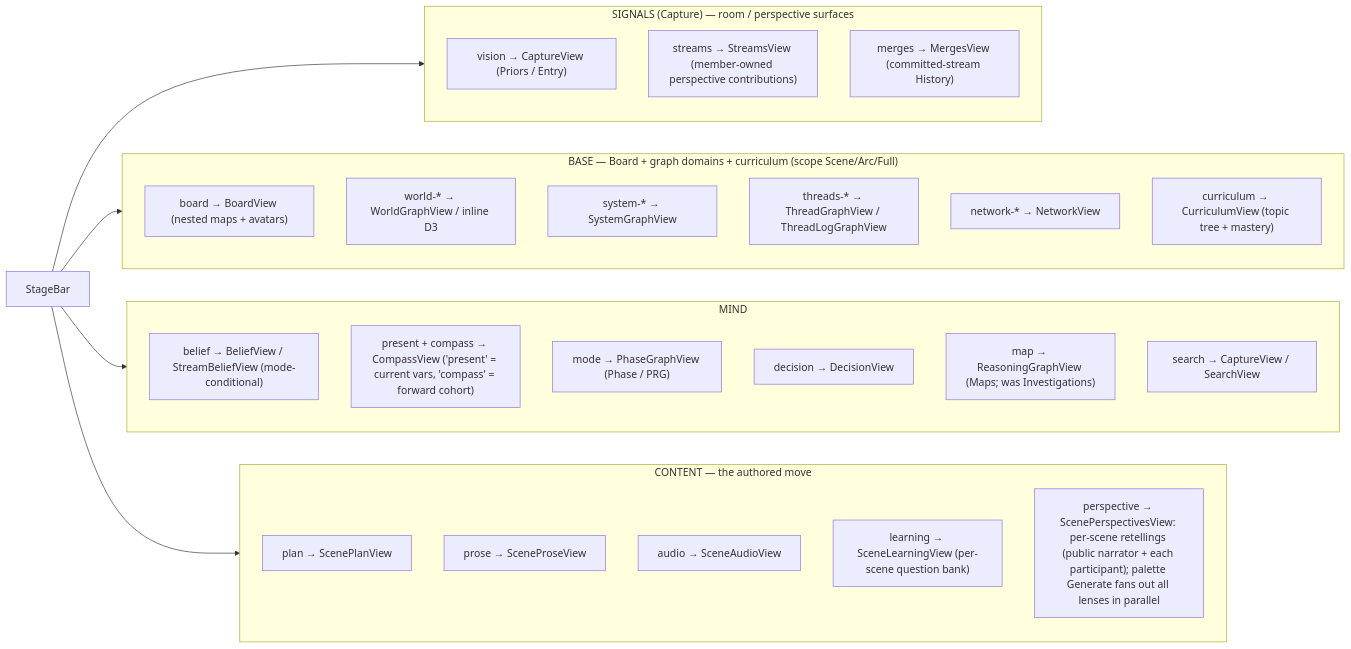
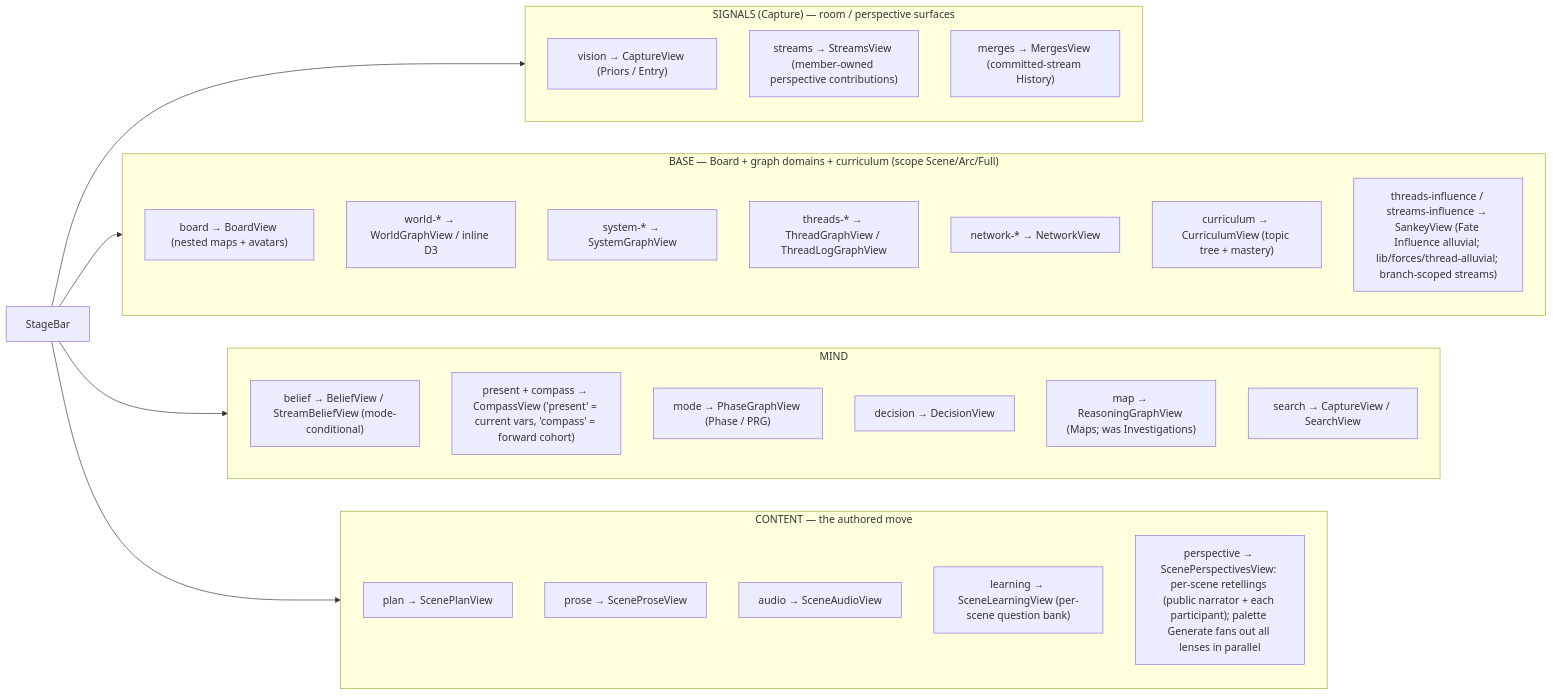
The third of 8 diagrams in MERMAID.md (jasonyu0100/meridians), drawn with Mermaid before and after one commit. The commit also changed other lines of this file and 1 other file, not shown here.

First line of the commit message:
Docs: regen TREE + map the Influence view (SankeyView) in MERMAID

````diff
--- a/MERMAID.md
+++ b/MERMAID.md
@@ -63,34 +63,35 @@
 ```mermaid
 flowchart LR
     CTB["StageBar"]
     CTB --> Signals & Base & Mind & Content
 
     subgraph Signals["SIGNALS (Capture) — room / perspective surfaces"]
         d1["vision → CaptureView (Priors / Entry)"]
         d2["streams → StreamsView (member-owned perspective contributions)"]
         d3["merges → MergesView (committed-stream History)"]
     end
     subgraph Base["BASE — Board + graph domains + curriculum (scope Scene/Arc/Full)"]
         b1["board → BoardView (nested maps + avatars)"]
         g1["world-* → WorldGraphView / inline D3"]
         g2["system-* → SystemGraphView"]
         g3["threads-* → ThreadGraphView / ThreadLogGraphView"]
         g4["network-* → NetworkView"]
         g5["curriculum → CurriculumView (topic tree + mastery)"]
+        g6["threads-influence / streams-influence → SankeyView (Fate Influence alluvial; lib/forces/thread-alluvial; branch-scoped streams)"]
     end
     subgraph Mind["MIND"]
         c1["belief → BeliefView / StreamBeliefView (mode-conditional)"]
         c2["present + compass → CompassView ('present' = current vars, 'compass' = forward cohort)"]
         c3["mode → PhaseGraphView (Phase / PRG)"]
         c4["decision → DecisionView"]
         c5["map → ReasoningGraphView (Maps; was Investigations)"]
         c6["search → CaptureView / SearchView"]
     end
     subgraph Content["CONTENT — the authored move"]
         s1["plan → ScenePlanView"]
         s2["prose → SceneProseView"]
         s3["audio → SceneAudioView"]
         s4["learning → SceneLearningView (per-scene question bank)"]
         s5["perspective → ScenePerspectivesView: per-scene retellings (public narrator + each participant); palette Generate fans out all lenses in parallel"]
     end
 ```
````
